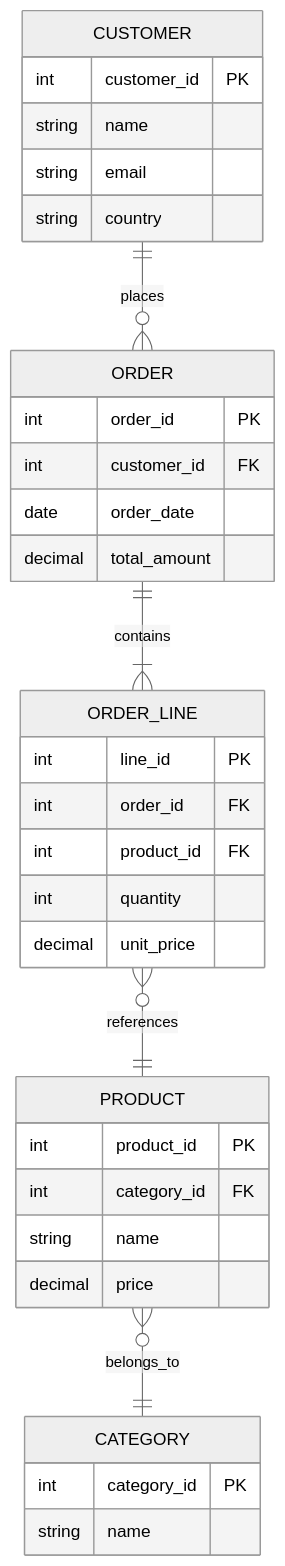
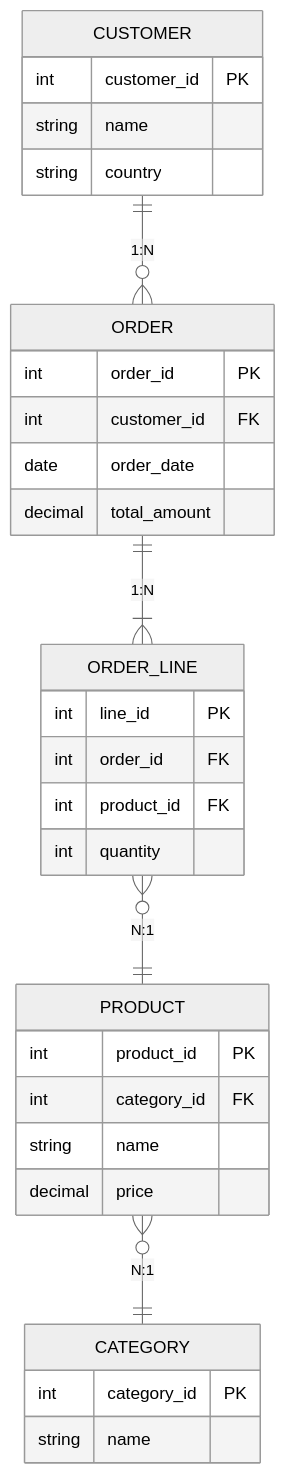
One commit to joeyfaherty/joeyfaherty.github.io changed the first of 3 diagrams in _posts/2026-02-02-Data_Modelling.md. Above: the diagram before and after it, drawn with Mermaid (neutral theme). The commit also changed other lines of this file, not shown here.

Commit message:
fix: data modelling blog with working mermaid diagrams

```diff
--- a/_posts/2026-02-02-Data_Modelling.md
+++ b/_posts/2026-02-02-Data_Modelling.md
@@ -27,36 +24,34 @@
-<div class="mermaid">
+<pre class="mermaid">
 erDiagram
-    CUSTOMER ||--o{ ORDER : places
-    ORDER ||--|{ ORDER_LINE : contains
-    ORDER_LINE }o--|| PRODUCT : references
-    PRODUCT }o--|| CATEGORY : belongs_to
+    CUSTOMER ||--o{ ORDER : "1:N"
+    ORDER ||--|{ ORDER_LINE : "1:N"
+    ORDER_LINE }o--|| PRODUCT : "N:1"
+    PRODUCT }o--|| CATEGORY : "N:1"
     CUSTOMER {
         int customer_id PK
         string name
-        string email
         string country
     }
     ORDER {
         int order_id PK
         int customer_id FK
         date order_date
         decimal total_amount
     }
     ORDER_LINE {
         int line_id PK
         int order_id FK
         int product_id FK
         int quantity
-        decimal unit_price
     }
     PRODUCT {
         int product_id PK
         int category_id FK
         string name
         decimal price
     }
     CATEGORY {
         int category_id PK
         string name
     }
-</div>
+</pre>
```
